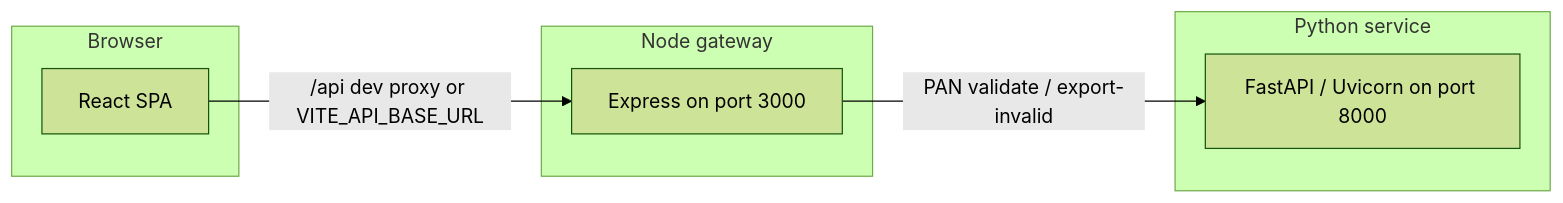
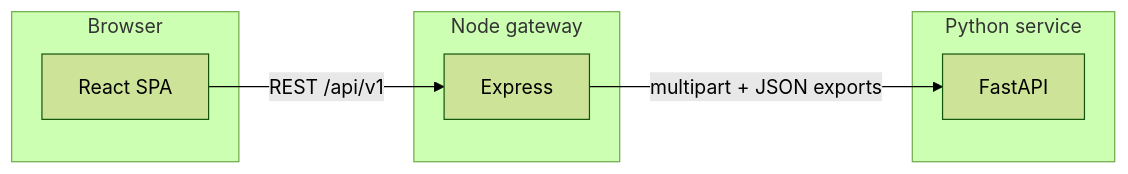
One commit to manikantamyadarapu/audit_platform changed the diagram in README.md. Above: the diagram before and after it, drawn with Mermaid (forest theme). The commit also changed other lines of this file and 26 other files, not shown here.

````diff
--- a/README.md
+++ b/README.md
@@ -9,14 +11,14 @@
 ```mermaid
 flowchart LR
   subgraph browser [Browser]
     UI[React SPA]
   end
   subgraph node [Node gateway]
-    API[Express on port 3000]
+    API[Express]
   end
   subgraph python [Python service]
-    PY[FastAPI / Uvicorn on port 8000]
+    PY[FastAPI]
   end
-  UI -->|"/api" dev proxy or VITE_API_BASE_URL| API
-  API -->|PAN validate / export-invalid| PY
+  UI -->|"REST /api/v1"| API
+  API -->|"multipart + JSON exports"| PY
 ```
````
